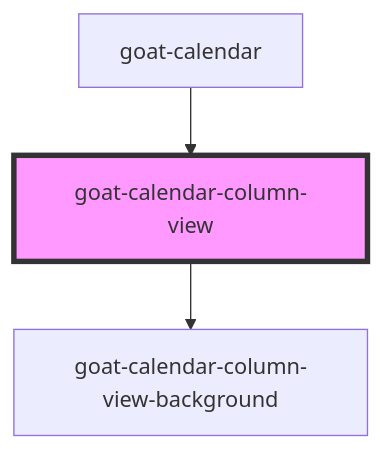
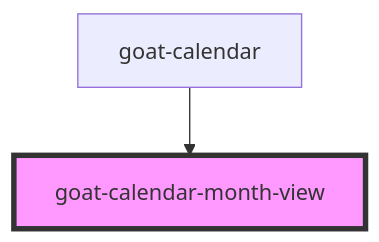
The diagram in src/components/calendar/calendar/month-view/readme.md (goatui/components), drawn with Mermaid before and after one commit. The commit also changed other lines of this file and 36 other files, not shown here.

````diff
--- a/src/components/calendar/calendar/month-view/readme.md
+++ b/src/components/calendar/calendar/month-view/readme.md
@@ -39,6 +33,5 @@
 ```mermaid
 graph TD;
-  goat-calendar-column-view --> goat-calendar-column-view-background
-  goat-calendar --> goat-calendar-column-view
-  style goat-calendar-column-view fill:#f9f,stroke:#333,stroke-width:4px
+  goat-calendar --> goat-calendar-month-view
+  style goat-calendar-month-view fill:#f9f,stroke:#333,stroke-width:4px
 ```
````
